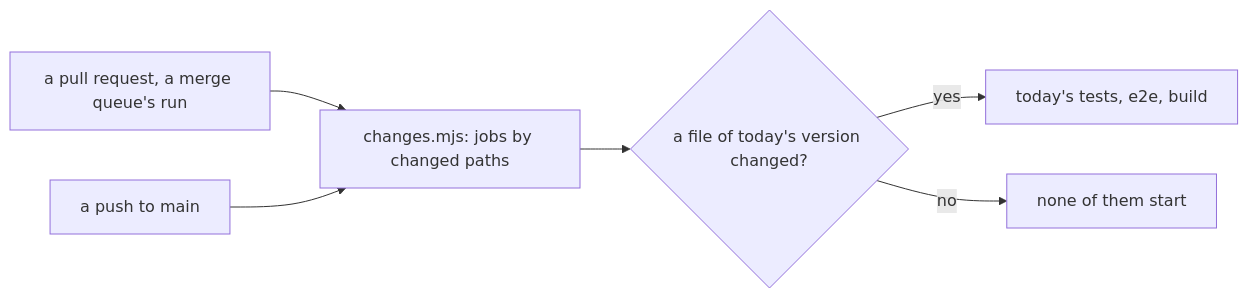
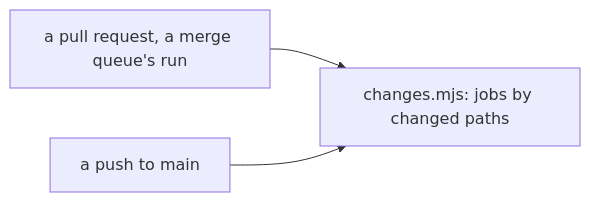
One commit to kamp-us/tea-fabrika changed the second of 2 diagrams in .decisions/0175-every-run-follows-its-paths.md. Above: the diagram before and after it, drawn with Mermaid. The commit also changed other lines of this file and 4 other files, not shown here.

````diff
--- a/.decisions/0175-every-run-follows-its-paths.md
+++ b/.decisions/0175-every-run-follows-its-paths.md
@@ -22,8 +21,5 @@
 ```mermaid
 flowchart LR
   pr["a pull request, a merge queue's run"] --> paths["changes.mjs: jobs by changed paths"]
   push["a push to main"] --> paths
-  paths --> touched{"a file of today's version changed?"}
-  touched -->|yes| old["today's tests, e2e, build"]
-  touched -->|no| none["none of them start"]
 ```
````
